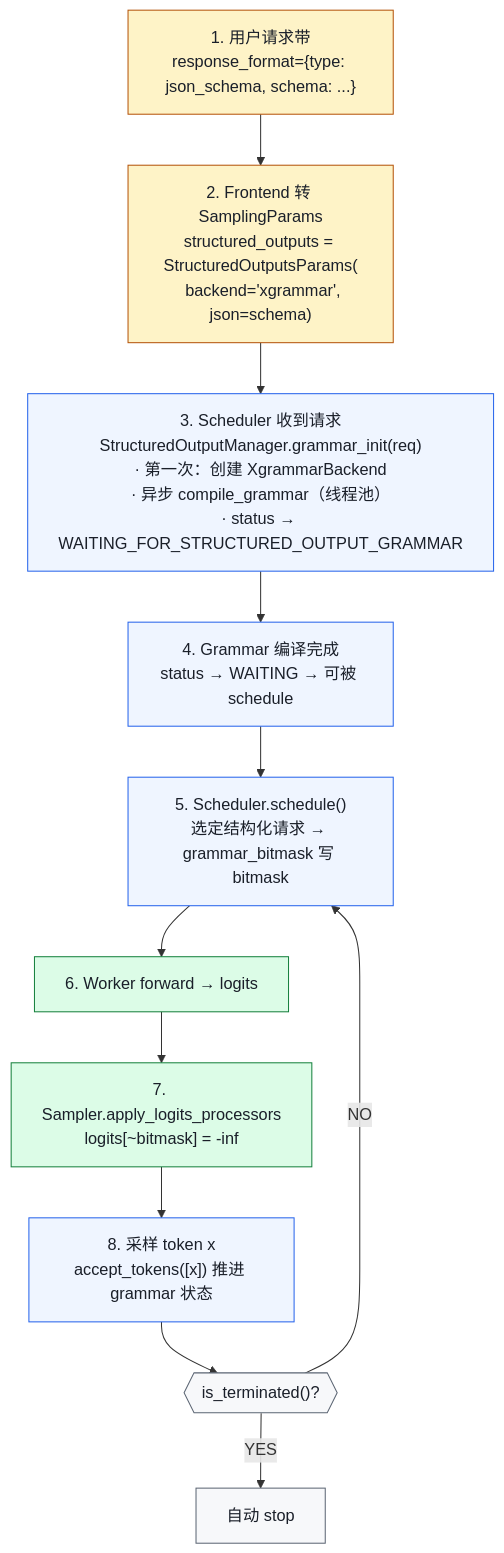
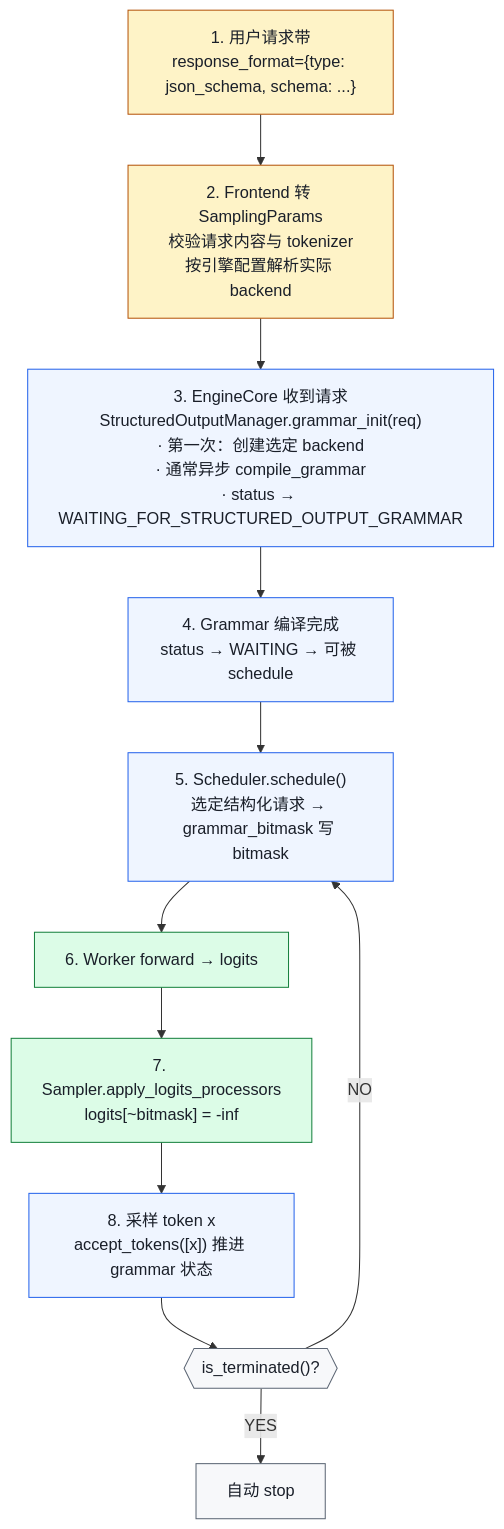
Before and after one commit to jwzheng96/vllm-learning-book: the diagram in 09-advanced-features/02-structured-output.md, drawn with Mermaid. The commit also changed other lines of this file and 5 other files, not shown here.

````diff
--- a/09-advanced-features/02-structured-output.md
+++ b/09-advanced-features/02-structured-output.md
@@ -159,26 +167,26 @@
 ```mermaid
 flowchart TD
     R1["1. 用户请求带<br/>response_format={type: json_schema, schema: ...}"]
-    R2["2. Frontend 转 SamplingParams<br/>structured_outputs = StructuredOutputsParams(<br/>  backend='xgrammar', json=schema)"]
-    R3["3. Scheduler 收到请求<br/>StructuredOutputManager.grammar_init(req)<br/>· 第一次：创建 XgrammarBackend<br/>· 异步 compile_grammar（线程池）<br/>· status → WAITING_FOR_STRUCTURED_OUTPUT_GRAMMAR"]
+    R2["2. Frontend 转 SamplingParams<br/>校验请求内容与 tokenizer<br/>按引擎配置解析实际 backend"]
+    R3["3. EngineCore 收到请求<br/>StructuredOutputManager.grammar_init(req)<br/>· 第一次：创建选定 backend<br/>· 通常异步 compile_grammar<br/>· status → WAITING_FOR_STRUCTURED_OUTPUT_GRAMMAR"]
     R4["4. Grammar 编译完成<br/>status → WAITING → 可被 schedule"]
     R5["5. Scheduler.schedule()<br/>选定结构化请求 → grammar_bitmask 写 bitmask"]
     R6["6. Worker forward → logits"]
     R7["7. Sampler.apply_logits_processors<br/>logits[~bitmask] = -inf"]
     R8["8. 采样 token x<br/>accept_tokens([x]) 推进 grammar 状态"]
     Done{{"is_terminated()?"}}
     End["自动 stop"]
 
     R1 --> R2 --> R3 --> R4 --> R5 --> R6 --> R7 --> R8 --> Done
     Done -- YES --> End
     Done -- NO --> R5
 
     classDef frontend fill:#fef3c7,stroke:#b45309,color:#1a1f29;
     classDef engine   fill:#eff5ff,stroke:#2563eb,color:#1a1f29;
     classDef worker   fill:#dcfce7,stroke:#15803d,color:#1a1f29;
     classDef done     fill:#f7f8fa,stroke:#5b6573,color:#1a1f29;
     class R1,R2 frontend;
     class R3,R4,R5,R8 engine;
     class R6,R7 worker;
     class Done,End done;
 ```
````
